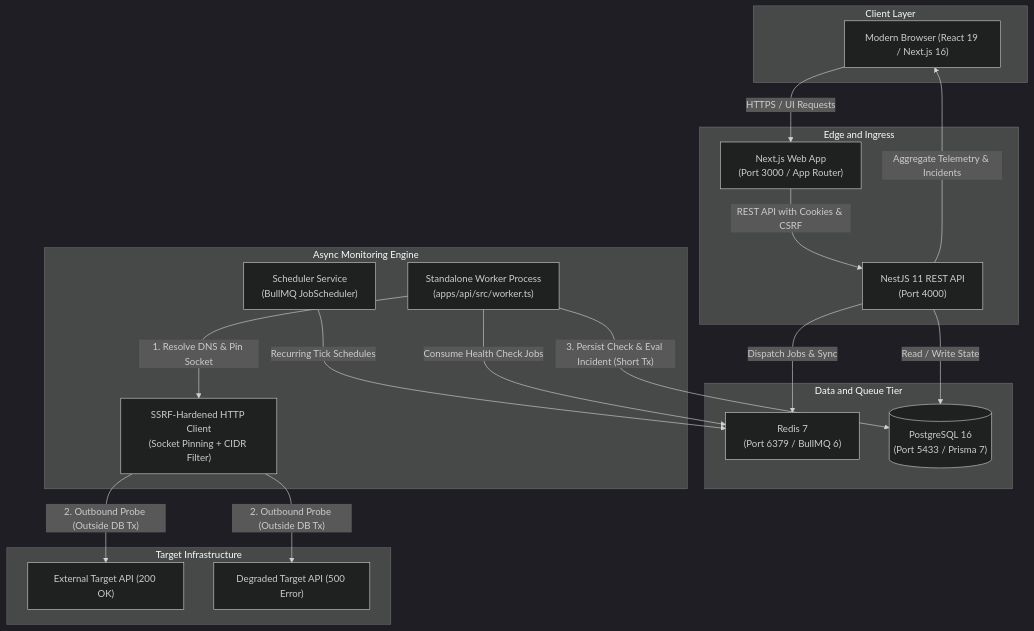
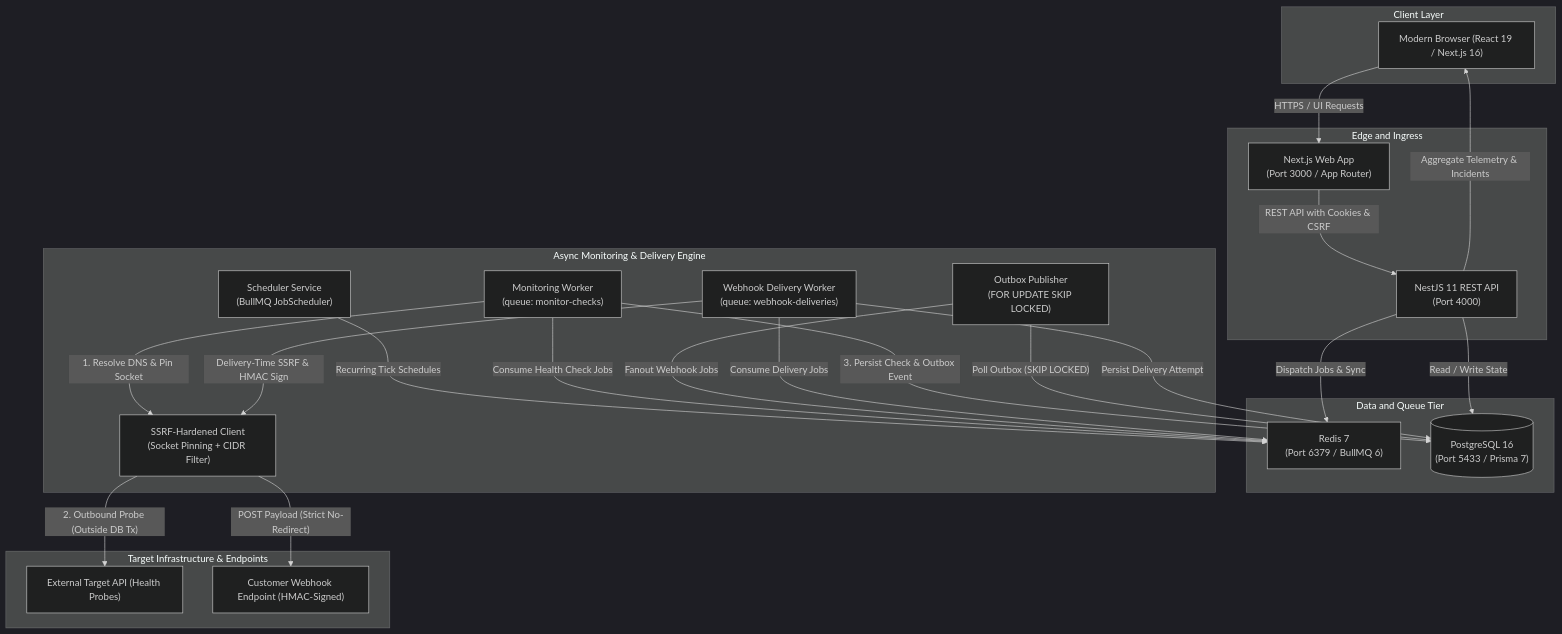
One commit to alihasnain92/devpulse changed the diagram in README.md. Above: the diagram before and after it, drawn with Mermaid (dark theme). The commit also changed other lines of this file and 21 other files, not shown here.

Commit message:
feat: add reliable webhook delivery pipeline

````diff
--- a/README.md
+++ b/README.md
@@ -20,39 +20,46 @@
 ```mermaid
 flowchart TD
     subgraph client_layer [Client Layer]
         Browser["Modern Browser (React 19 / Next.js 16)"]
     end
 
     subgraph edge_ingress [Edge and Ingress]
         Frontend["Next.js Web App<br/>(Port 3000 / App Router)"]
         API["NestJS 11 REST API<br/>(Port 4000)"]
     end
 
     subgraph data_queue [Data and Queue Tier]
         Redis["Redis 7<br/>(Port 6379 / BullMQ 6)"]
         Postgres[("PostgreSQL 16<br/>(Port 5433 / Prisma 7)")]
     end
 
-    subgraph monitoring_engine [Async Monitoring Engine]
+    subgraph monitoring_engine [Async Monitoring & Delivery Engine]
         Scheduler["Scheduler Service<br/>(BullMQ JobScheduler)"]
-        Worker["Standalone Worker Process<br/>(apps/api/src/worker.ts)"]
-        SSRF["SSRF-Hardened HTTP Client<br/>(Socket Pinning + CIDR Filter)"]
+        MonitorWorker["Monitoring Worker<br/>(queue: monitor-checks)"]
+        OutboxPublisher["Outbox Publisher<br/>(FOR UPDATE SKIP LOCKED)"]
+        WebhookWorker["Webhook Delivery Worker<br/>(queue: webhook-deliveries)"]
+        SSRF["SSRF-Hardened Client<br/>(Socket Pinning + CIDR Filter)"]
     end
 
-    subgraph target_infra [Target Infrastructure]
-        TargetA["External Target API (200 OK)"]
-        TargetB["Degraded Target API (500 Error)"]
+    subgraph target_infra [Target Infrastructure & Endpoints]
+        TargetAPI["External Target API (Health Probes)"]
+        WebhookDest["Customer Webhook Endpoint (HMAC-Signed)"]
     end
 
     Browser -->|"HTTPS / UI Requests"| Frontend
     Frontend -->|"REST API with Cookies & CSRF"| API
     API -->|"Read / Write State"| Postgres
     API -->|"Dispatch Jobs & Sync"| Redis
     Scheduler -->|"Recurring Tick Schedules"| Redis
-    Worker -->|"Consume Health Check Jobs"| Redis
-    Worker -->|"1. Resolve DNS & Pin Socket"| SSRF
-    SSRF -->|"2. Outbound Probe (Outside DB Tx)"| TargetA
-    SSRF -->|"2. Outbound Probe (Outside DB Tx)"| TargetB
-    Worker -->|"3. Persist Check & Eval Incident (Short Tx)"| Postgres
+    MonitorWorker -->|"Consume Health Check Jobs"| Redis
+    MonitorWorker -->|"1. Resolve DNS & Pin Socket"| SSRF
+    SSRF -->|"2. Outbound Probe (Outside DB Tx)"| TargetAPI
+    MonitorWorker -->|"3. Persist Check & Outbox Event"| Postgres
+    OutboxPublisher -->|"Poll Outbox (SKIP LOCKED)"| Postgres
+    OutboxPublisher -->|"Fanout Webhook Jobs"| Redis
+    WebhookWorker -->|"Consume Delivery Jobs"| Redis
+    WebhookWorker -->|"Delivery-Time SSRF & HMAC Sign"| SSRF
+    SSRF -->|"POST Payload (Strict No-Redirect)"| WebhookDest
+    WebhookWorker -->|"Persist Delivery Attempt"| Postgres
     API -->|"Aggregate Telemetry & Incidents"| Browser
 ```
````
